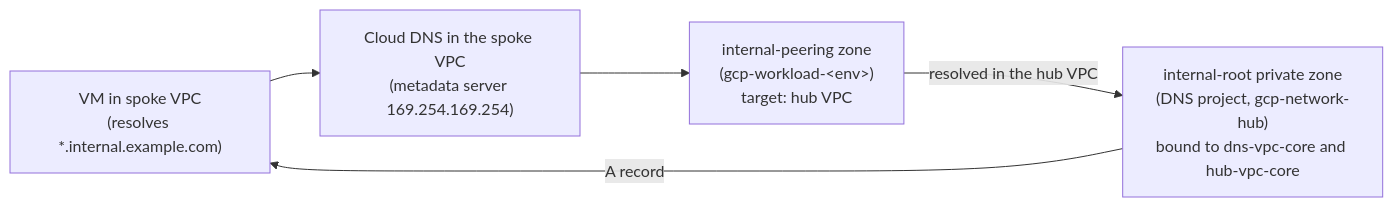
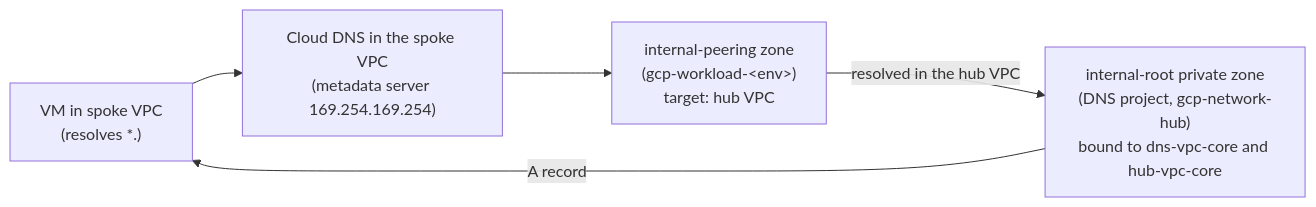
Before and after one commit to EdwinKassier/Ashes-Devops-Tools: the fifth of 5 diagrams in docs/architecture/network-topology.md, drawn with Mermaid. The commit also changed other lines of this file and 24 other files, not shown here.

First line of the commit message:
fix(gcp-network): set the internal DNS domain from config

````diff
--- a/docs/architecture/network-topology.md
+++ b/docs/architecture/network-topology.md
@@ -186,12 +186,12 @@
 ```mermaid
 graph LR
-    vm["VM in spoke VPC\n(resolves *.internal.example.com)"]
+    vm["VM in spoke VPC\n(resolves *.<internal_domain>)"]
     cloud_dns["Cloud DNS in the spoke VPC\n(metadata server 169.254.169.254)"]
     peering["internal-peering zone\n(gcp-workload-&lt;env&gt;)\ntarget: hub VPC"]
     root_zone["internal-root private zone\n(DNS project, gcp-network-hub)\nbound to dns-vpc-core and hub-vpc-core"]
 
     vm --> cloud_dns
     cloud_dns --> peering
     peering -->|"resolved in the hub VPC"| root_zone
     root_zone -->|"A record"| vm
 ```
````
